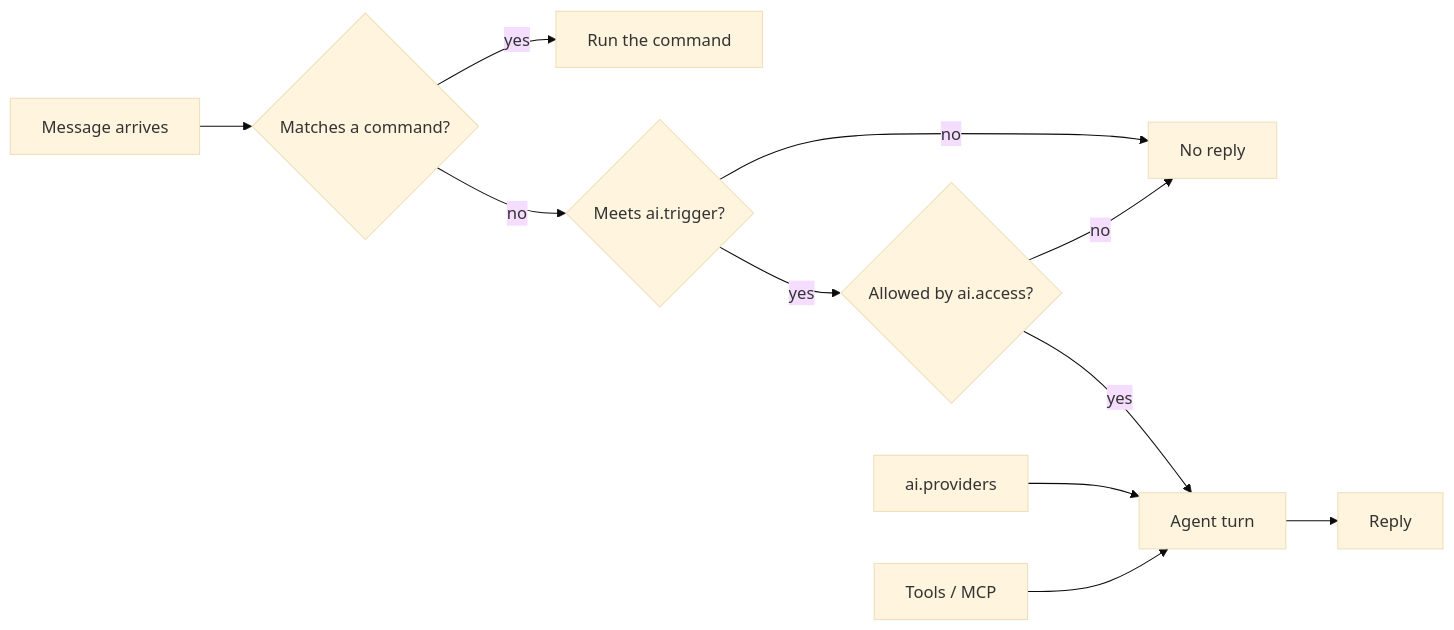
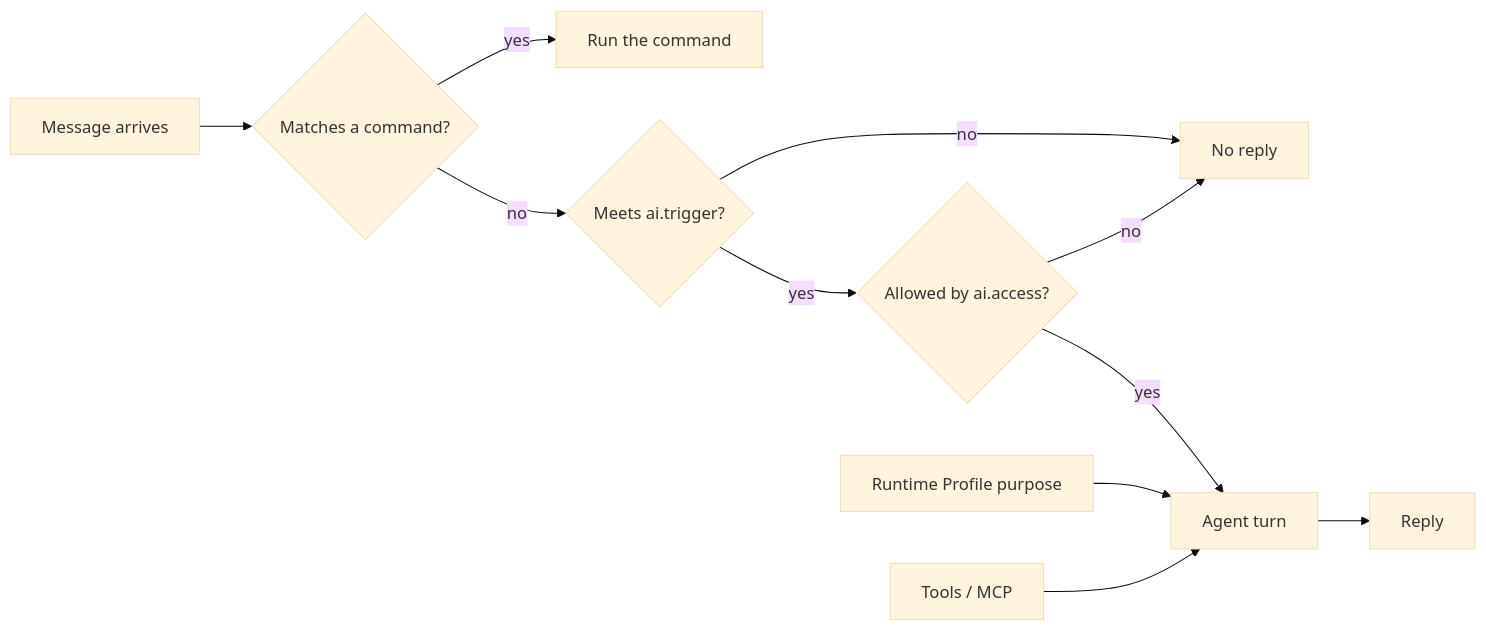
Before and after one commit to zhinjs/zhin: the diagram in docs/en/ai/index.md, drawn with Mermaid (base theme). The commit also changed other lines of this file and 561 other files, not shown here.

````diff
--- a/docs/en/ai/index.md
+++ b/docs/en/ai/index.md
@@ -470,13 +240,13 @@
 ```mermaid
 flowchart LR
     M[Message arrives] --> C{Matches a command?}
     C -- yes --> R1[Run the command]
     C -- no --> T{Meets ai.trigger?}
     T -- no --> X[No reply]
     T -- yes --> G{Allowed by ai.access?}
     G -- no --> X
     G -- yes --> A[Agent turn]
-    P[ai.providers] --> A
+    P[Runtime Profile purpose] --> A
     S[Tools / MCP] --> A
     A --> R2[Reply]
 ```
````
